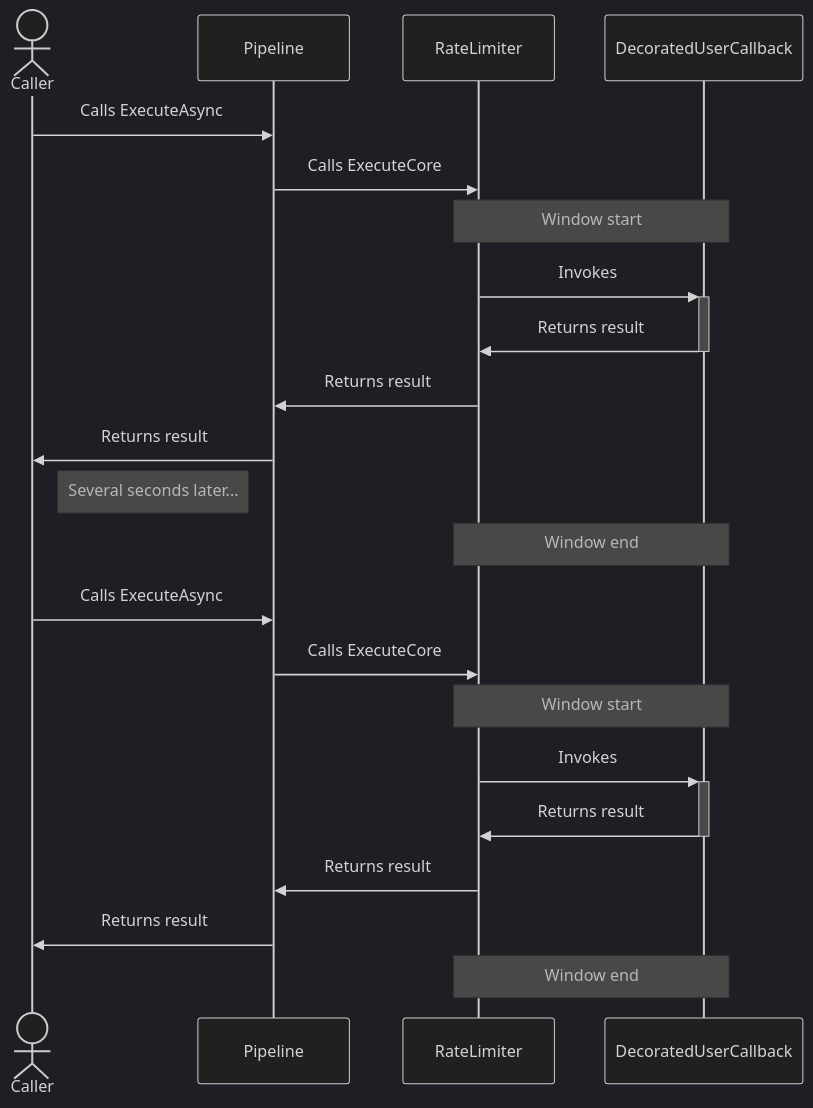
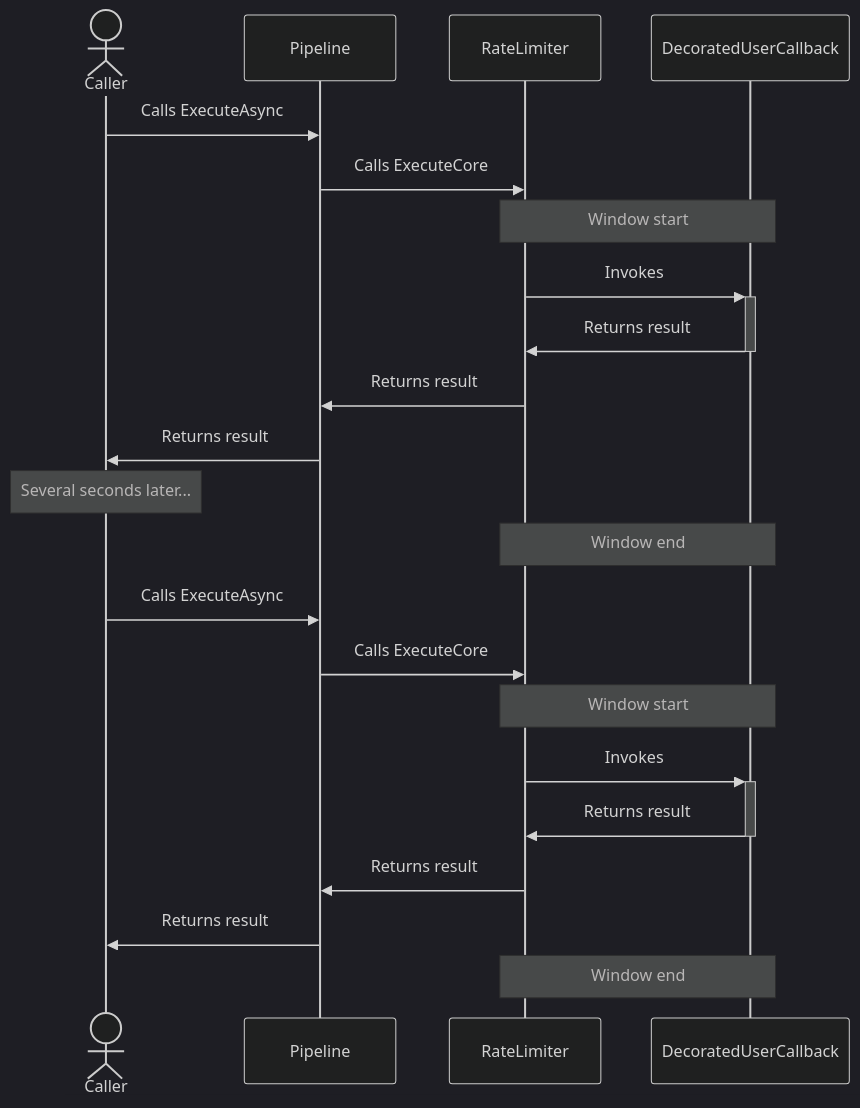
Before and after one commit to App-vNext/Polly: the first of 4 diagrams in docs/strategies/rate-limiter.md, drawn with Mermaid. The commit also changed other lines of this file and 2 other files, not shown here.

Commit message:
Adjust mermaid diagrams based on feedbacks

````diff
--- a/docs/strategies/rate-limiter.md
+++ b/docs/strategies/rate-limiter.md
@@ -85,26 +85,26 @@
 ```mermaid
 %%{init: {'theme':'dark'}}%%
 sequenceDiagram
     actor C as Caller
     participant P as Pipeline
     participant RL as RateLimiter
     participant D as DecoratedUserCallback
 
     C->>P: Calls ExecuteAsync
     P->>RL: Calls ExecuteCore
     Note over RL,D: Window start
     RL->>+D: Invokes
     D->>-RL: Returns result
     RL->>P: Returns result
     P->>C: Returns result
-    Note right of C: Several seconds later...
+    Note over C: Several seconds later...
     Note over RL,D: Window end
     C->>P: Calls ExecuteAsync
     P->>RL: Calls ExecuteCore
     Note over RL,D: Window start
     RL->>+D: Invokes
     D->>-RL: Returns result
     RL->>P: Returns result
     P->>C: Returns result
     Note over RL,D: Window end
 ```
````
